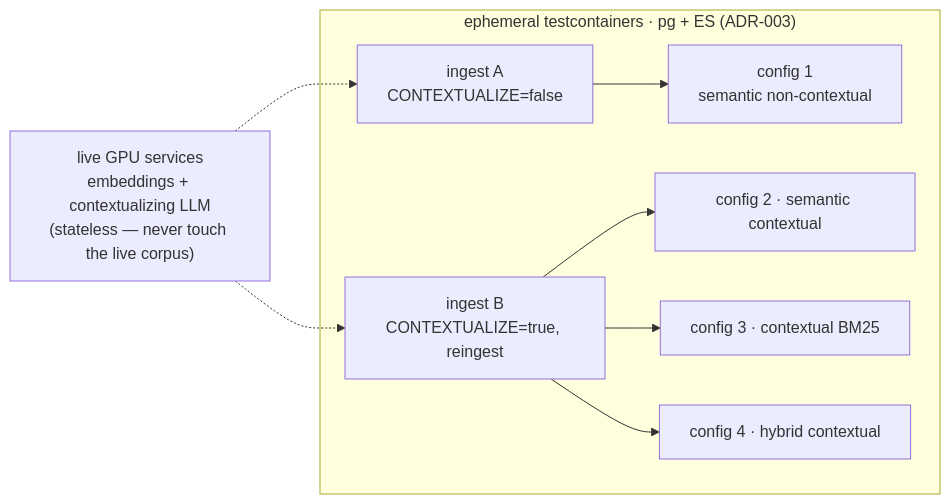
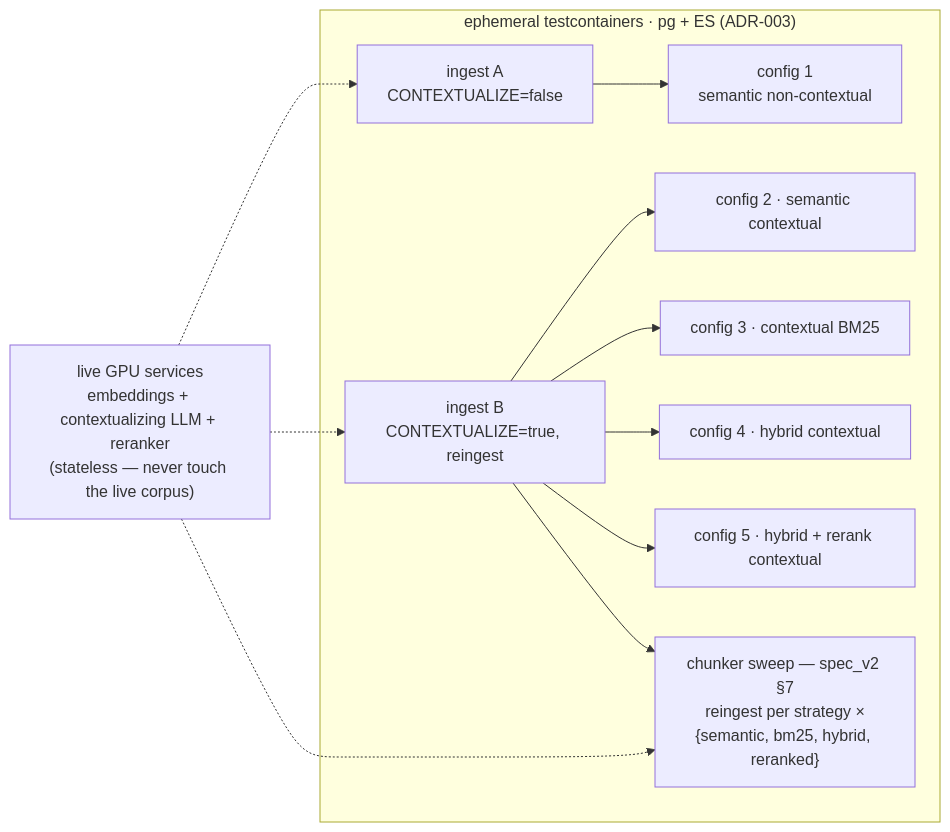
Before and after one commit to luisegarduno/varagity: the third of 3 diagrams in golden-docs/pipelines.md, drawn with Mermaid. The commit also changed other lines of this file and 6 other files, not shown here.

````diff
--- a/golden-docs/pipelines.md
+++ b/golden-docs/pipelines.md
@@ -119,14 +232,17 @@
 ```mermaid
 flowchart LR
-    gpu["live GPU services<br/>embeddings + contextualizing LLM<br/>(stateless — never touch the live corpus)"]
+    gpu["live GPU services<br/>embeddings + contextualizing LLM + reranker<br/>(stateless — never touch the live corpus)"]
 
     subgraph tc["ephemeral testcontainers · pg + ES (ADR-003)"]
         A["ingest A<br/>CONTEXTUALIZE=false"] --> c1["config 1<br/>semantic non-contextual"]
         B["ingest B<br/>CONTEXTUALIZE=true, reingest"] --> c2["config 2 · semantic contextual"]
         B --> c3["config 3 · contextual BM25"]
         B --> c4["config 4 · hybrid contextual"]
+        B --> c5["config 5 · hybrid + rerank contextual"]
+        B --> sweep["chunker sweep — spec_v2 §7<br/>reingest per strategy ×<br/>{semantic, bm25, hybrid, reranked}"]
     end
 
     gpu -.-> A
     gpu -.-> B
+    gpu -.-> sweep
 ```
````
